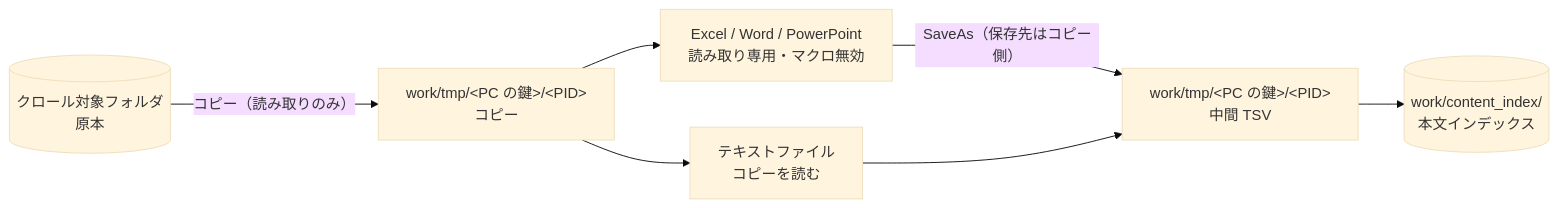
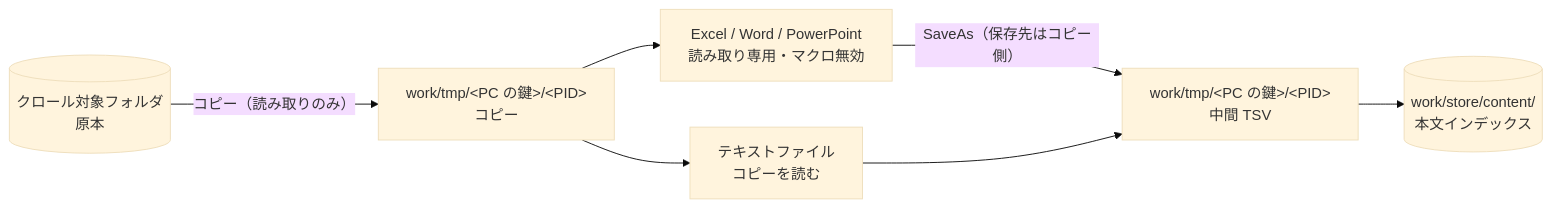
The diagram in docs/safety/file-access.md (hsgwa/tebunko), drawn with Mermaid (base theme) before and after one commit. The commit also changed other lines of this file and 118 other files, not shown here.

````diff
--- a/docs/safety/file-access.md
+++ b/docs/safety/file-access.md
@@ -80,16 +82,16 @@
 ```mermaid
 flowchart LR
     src[("クロール対象フォルダ<br>原本")]
     copy["work/tmp/#lt;PC の鍵#gt;/#lt;PID#gt;<br>コピー"]
     office["Excel / Word / PowerPoint<br>読み取り専用・マクロ無効"]
     text["テキストファイル<br>コピーを読む"]
     tsv["work/tmp/#lt;PC の鍵#gt;/#lt;PID#gt;<br>中間 TSV"]
-    idx[("work/content_index/<br>本文インデックス")]
+    idx[("work/store/content/<br>本文インデックス")]
 
     src -- "コピー（読み取りのみ）" --> copy
     copy --> office
     copy --> text
     office -- "SaveAs（保存先はコピー側）" --> tsv
     text --> tsv
     tsv --> idx
 ```
````
